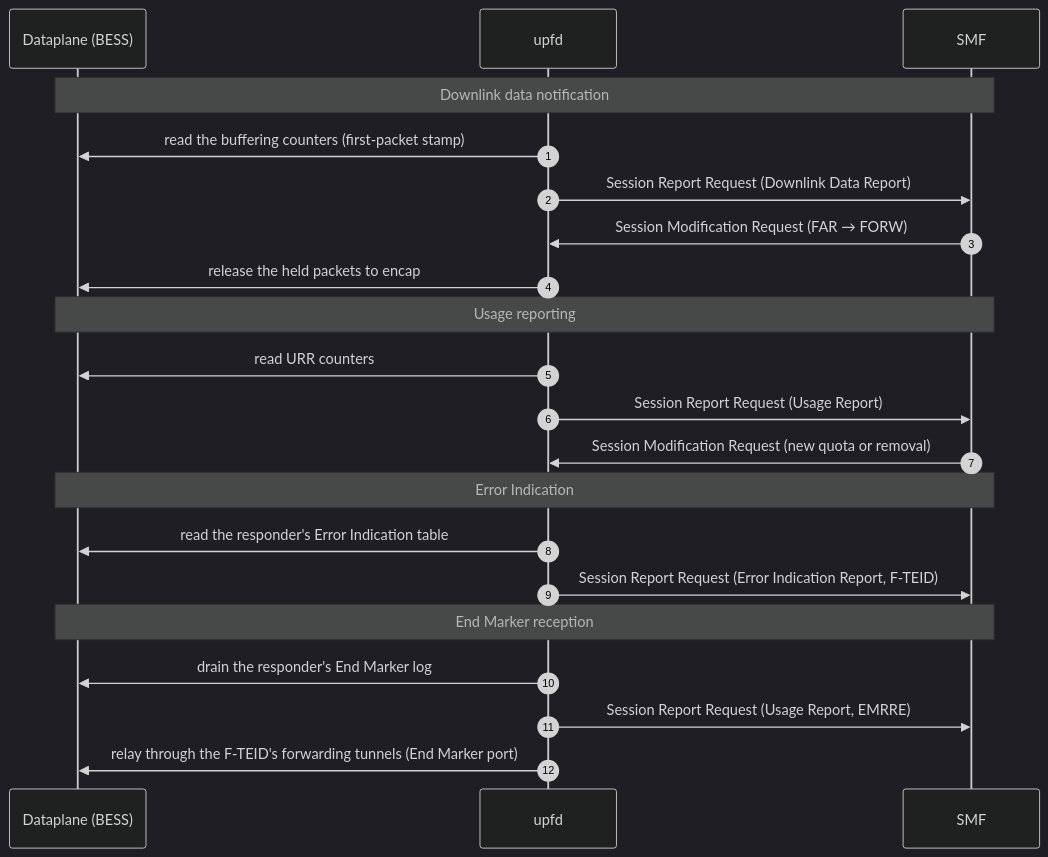
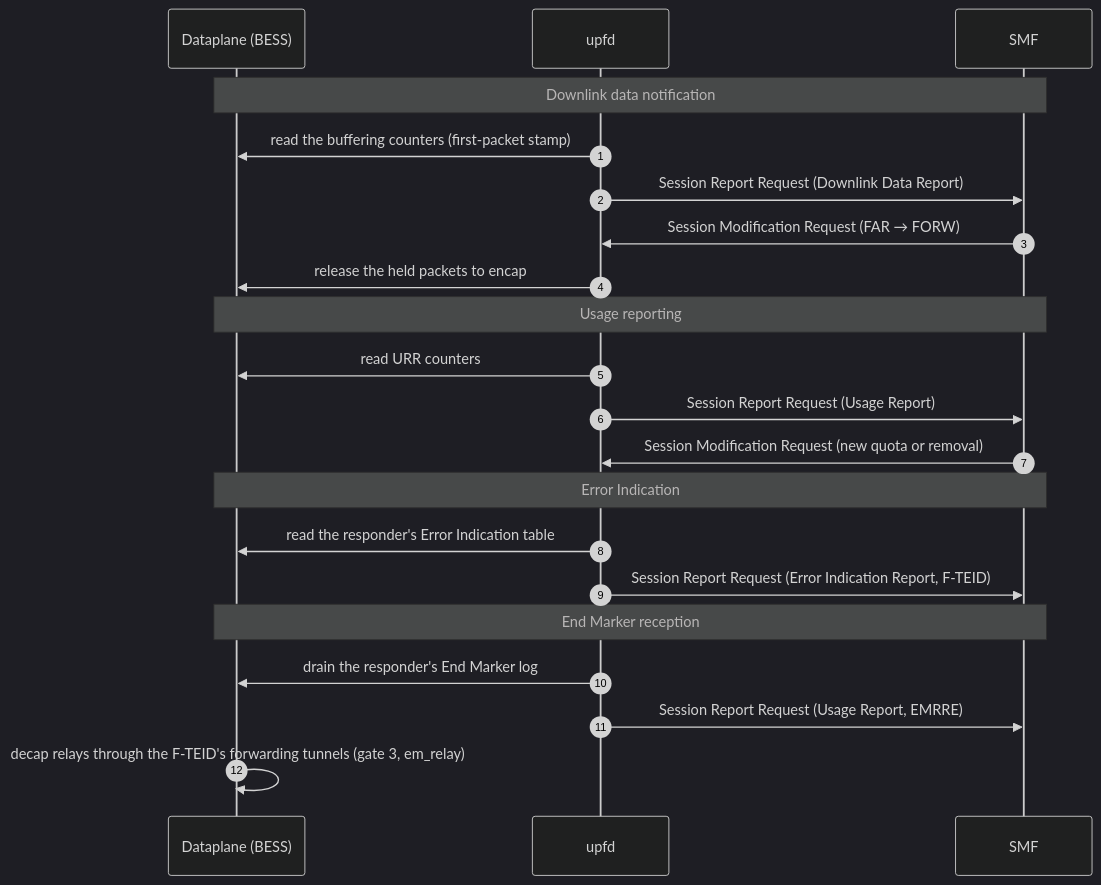
One commit to krsna1729/upf changed the third of 4 diagrams in docs/design.md. Above: the diagram before and after it, drawn with Mermaid (dark theme). The commit also changed other lines of this file and 6 other files, not shown here.

Commit message:
docs: End Marker relay in the packet path

````diff
--- a/docs/design.md
+++ b/docs/design.md
@@ -77,27 +77,27 @@
 ```mermaid
 sequenceDiagram
     autonumber
     participant DP as Dataplane (BESS)
     participant UPFD as upfd
     participant SMF as SMF
 
     Note over DP,SMF: Downlink data notification
     UPFD->>DP: read the buffering counters (first-packet stamp)
     UPFD->>SMF: Session Report Request (Downlink Data Report)
     SMF->>UPFD: Session Modification Request (FAR → FORW)
     UPFD->>DP: release the held packets to encap
 
     Note over DP,SMF: Usage reporting
     UPFD->>DP: read URR counters
     UPFD->>SMF: Session Report Request (Usage Report)
     SMF->>UPFD: Session Modification Request (new quota or removal)
 
     Note over DP,SMF: Error Indication
     UPFD->>DP: read the responder's Error Indication table
     UPFD->>SMF: Session Report Request (Error Indication Report, F-TEID)
 
     Note over DP,SMF: End Marker reception
     UPFD->>DP: drain the responder's End Marker log
     UPFD->>SMF: Session Report Request (Usage Report, EMRRE)
-    UPFD->>DP: relay through the F-TEID's forwarding tunnels (End Marker port)
+    DP->>DP: decap relays through the F-TEID's forwarding tunnels (gate 3, em_relay)
 ```
````
